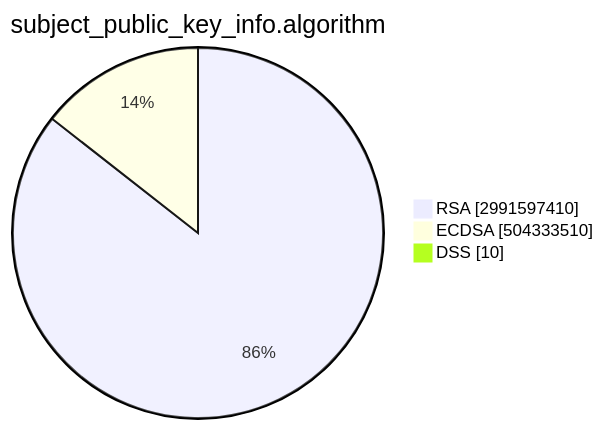
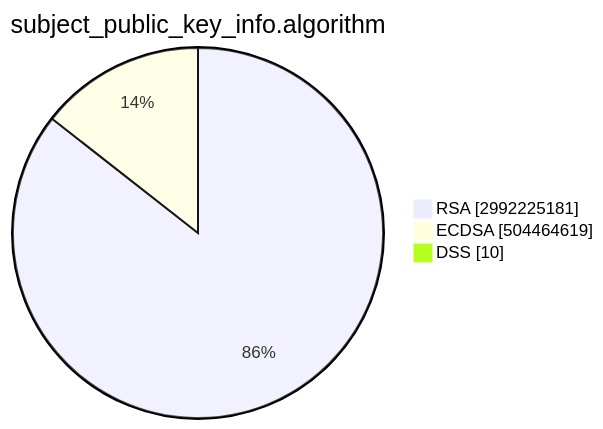
Before and after one commit to christiankrug/ctmonitor_visualization: the second of 15 diagrams in TOTAL/README.md, drawn with Mermaid. The commit also changed other lines of this file, not shown here.

````diff
--- a/TOTAL/README.md
+++ b/TOTAL/README.md
@@ -6,7 +6,7 @@
 ```mermaid
 pie showData
 title subject_public_key_info.algorithm
-"RSA" :2991597410
-"ECDSA" :504333510
+"RSA" :2992225181
+"ECDSA" :504464619
 "DSS" :10
 ```
````
